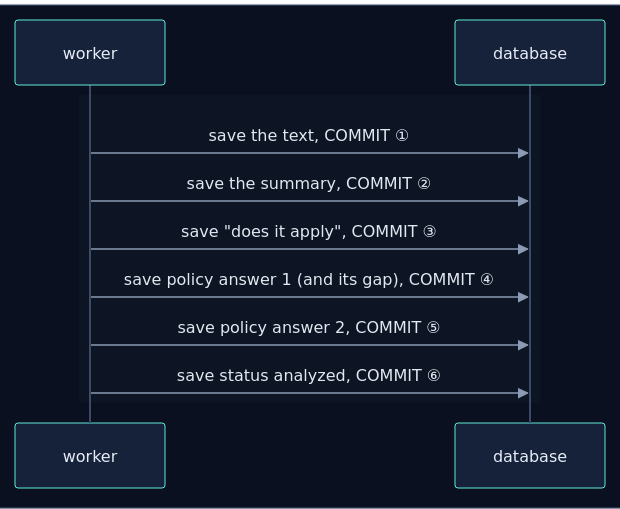
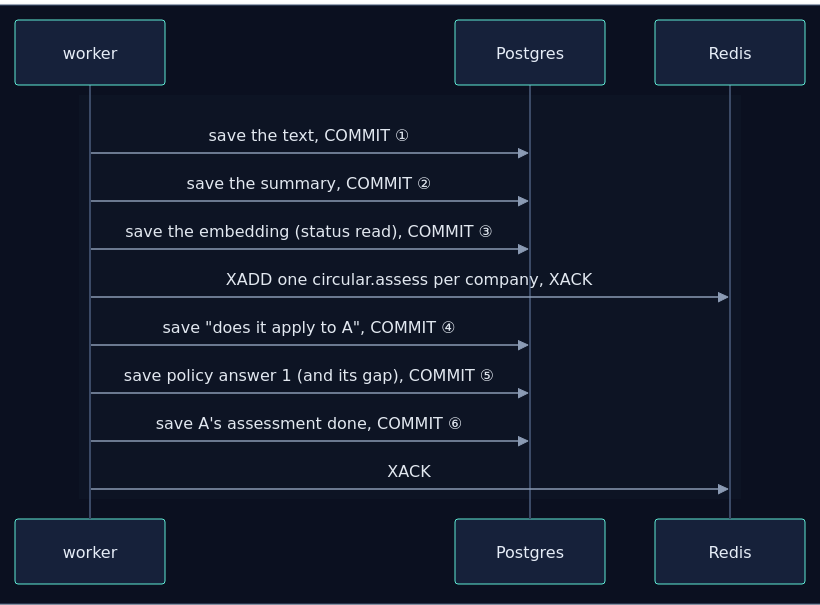
One commit to selvakumarperumal/Regulatory_Circular_Impact_Agent changed diagram 11 of 14 in how_the_worker_works.md. Above: the diagram before and after it, drawn with Mermaid. The commit also changed other lines of this file and 8 other files, not shown here.

````diff
--- a/how_the_worker_works.md
+++ b/how_the_worker_works.md
@@ -468,17 +704,20 @@
 ```mermaid
 %%{init: {"theme": "base", "sequence": {"diagramMarginX": 0, "diagramMarginY": 0}, "themeVariables": {"darkMode": true, "primaryColor": "#16213a", "primaryTextColor": "#e6edf7", "primaryBorderColor": "#475a7a", "lineColor": "#8b9bb4", "secondaryColor": "#1b2436", "tertiaryColor": "#101a2e", "edgeLabelBackground": "#0f172a", "textColor": "#e2e8f0", "actorBkg": "#16213a", "actorBorder": "#5eead4", "actorTextColor": "#e6edf7", "actorLineColor": "#3b4a66", "signalColor": "#8b9bb4", "signalTextColor": "#e2e8f0", "noteBkgColor": "#2a2410", "noteBorderColor": "#fbbf24", "noteTextColor": "#fde68a", "labelBoxBkgColor": "#1e293b", "labelBoxBorderColor": "#64748b", "labelTextColor": "#e2e8f0", "loopTextColor": "#c4b5fd", "sequenceNumberColor": "#0b1020", "activationBkgColor": "#1e293b"}}}%%
 sequenceDiagram
     box rgb(11, 16, 32)
         participant K as worker
-        participant DB as database
+        participant DB as Postgres
+        participant Q as Redis
     end
 
     rect rgb(13, 20, 36)
         K->>DB: save the text, COMMIT ①
         K->>DB: save the summary, COMMIT ②
-        K->>DB: save "does it apply", COMMIT ③
-        K->>DB: save policy answer 1 (and its gap), COMMIT ④
-        K->>DB: save policy answer 2, COMMIT ⑤
-        K->>DB: save status analyzed, COMMIT ⑥
+        K->>DB: save the embedding (status read), COMMIT ③
+        K->>Q: XADD one circular.assess per company, XACK
+        K->>DB: save "does it apply to A", COMMIT ④
+        K->>DB: save policy answer 1 (and its gap), COMMIT ⑤
+        K->>DB: save A's assessment done, COMMIT ⑥
+        K->>Q: XACK
     end
 ```
````
